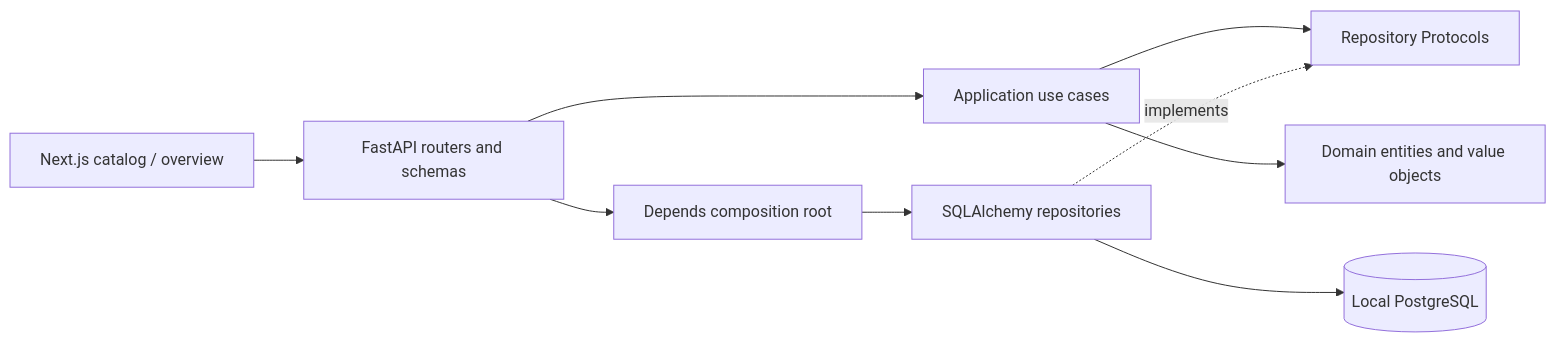
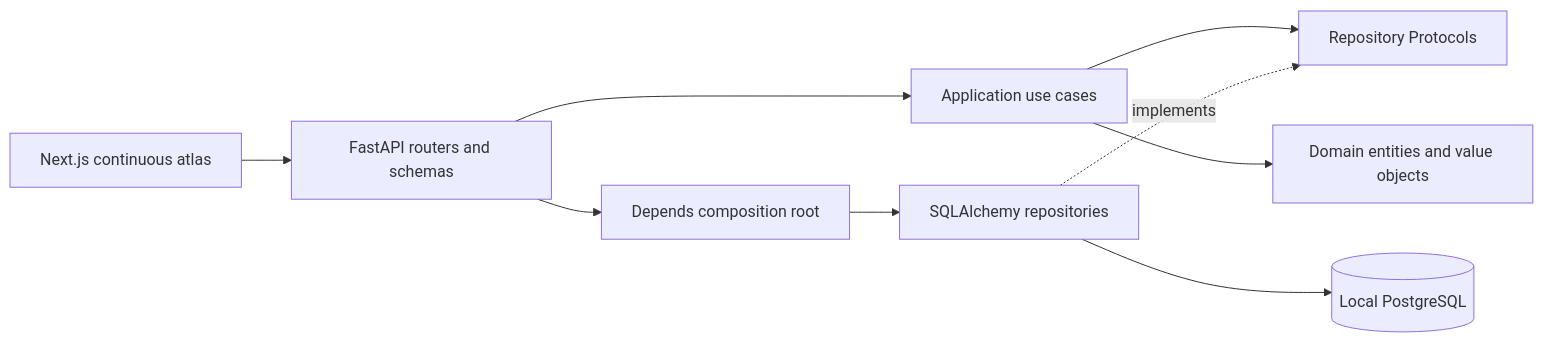
Before and after one commit to Shahid0324-GIT/chronicles: the diagram in docs/architecture/overview.md, drawn with Mermaid. The commit also changed other lines of this file and 69 other files, not shown here.

````diff
--- a/docs/architecture/overview.md
+++ b/docs/architecture/overview.md
@@ -5,11 +5,11 @@
 ```mermaid
 flowchart LR
-  Web[Next.js catalog / overview] --> API[FastAPI routers and schemas]
+  Web[Next.js continuous atlas] --> API[FastAPI routers and schemas]
   API --> UseCases[Application use cases]
   UseCases --> Ports[Repository Protocols]
   Adapters[SQLAlchemy repositories] -. implements .-> Ports
   Adapters --> DB[(Local PostgreSQL)]
   UseCases --> Domain[Domain entities and value objects]
   API --> Composition[Depends composition root]
   Composition --> Adapters
 ```
````
